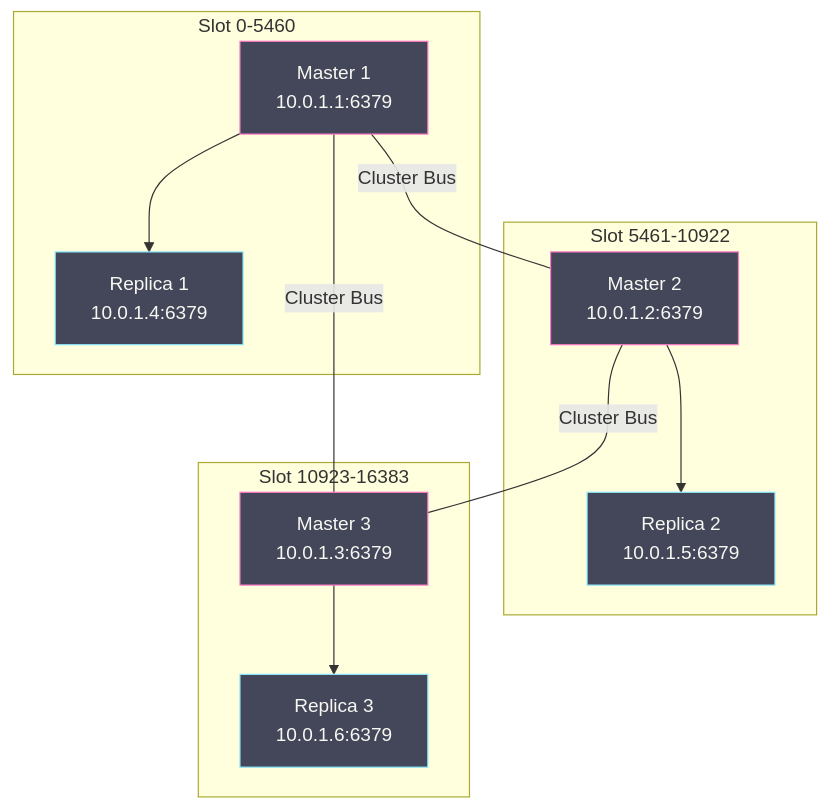
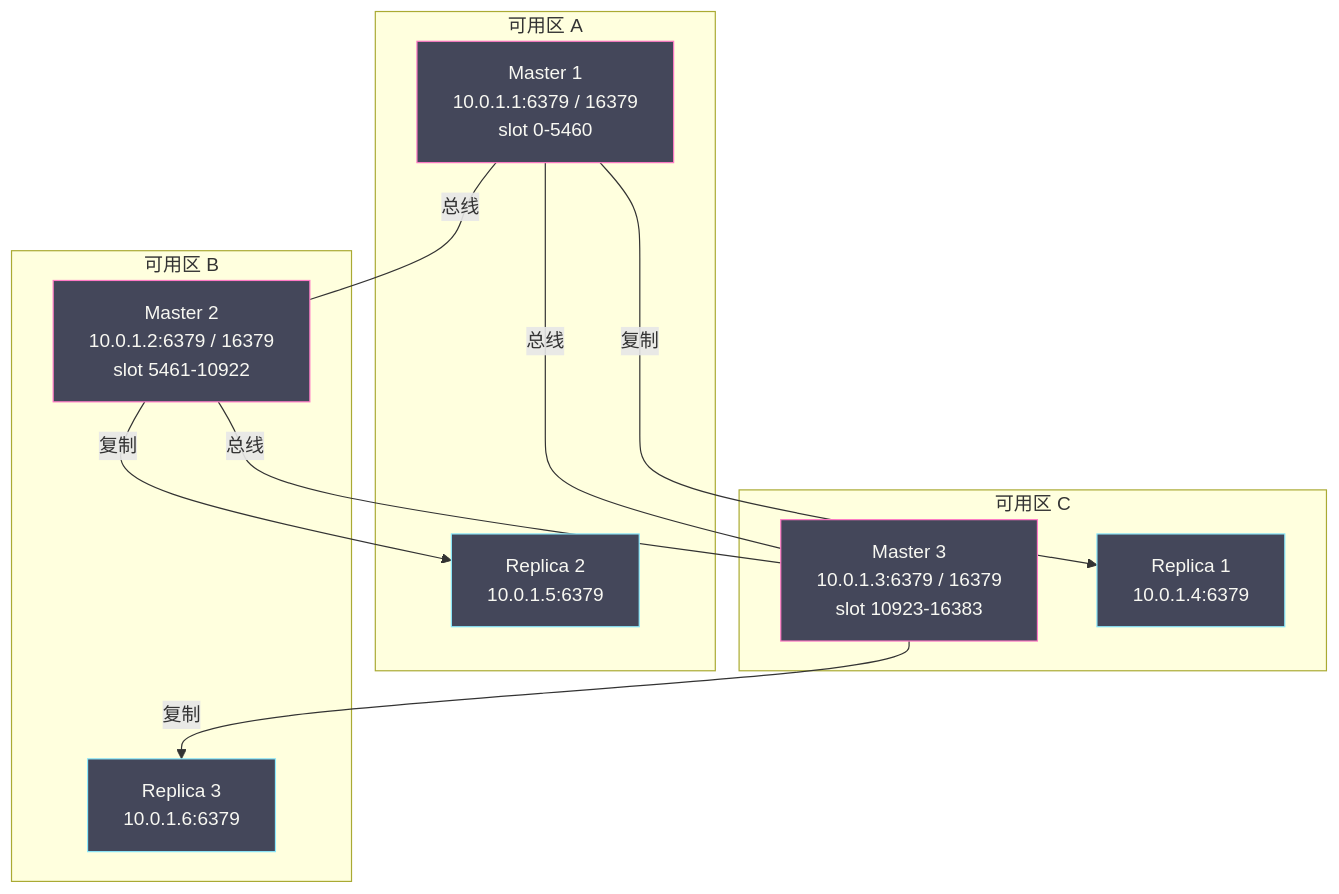
The first of 6 diagrams in content/中间件/Redis/Redis设计与实现/10 Redis Cluster 分布式架构.md (hpliStartAgain/my-brain), drawn with Mermaid before and after one commit. The commit also changed other lines of this file and 455 other files, not shown here.

````diff
--- a/content/中间件/Redis/Redis设计与实现/10 Redis Cluster 分布式架构.md
+++ b/content/中间件/Redis/Redis设计与实现/10 Redis Cluster 分布式架构.md
@@ -313,31 +89,30 @@
 ```mermaid
 %%{init: {'theme': 'dracula'}}%%
 graph TD
-    subgraph "Slot 0-5460"
-        M1["Master 1</br>10.0.1.1:6379"]
-        S1["Replica 1</br>10.0.1.4:6379"]
-        M1 --> S1
+    subgraph "可用区 A"
+        M1["Master 1<br/>10.0.1.1:6379 / 16379<br/>slot 0-5460"]
+        S2["Replica 2<br/>10.0.1.5:6379"]
     end
 
-    subgraph "Slot 5461-10922"
-        M2["Master 2</br>10.0.1.2:6379"]
-        S2["Replica 2</br>10.0.1.5:6379"]
-        M2 --> S2
+    subgraph "可用区 B"
+        M2["Master 2<br/>10.0.1.2:6379 / 16379<br/>slot 5461-10922"]
+        S3["Replica 3<br/>10.0.1.6:6379"]
     end
 
-    subgraph "Slot 10923-16383"
-        M3["Master 3</br>10.0.1.3:6379"]
-        S3["Replica 3</br>10.0.1.6:6379"]
-        M3 --> S3
+    subgraph "可用区 C"
+        M3["Master 3<br/>10.0.1.3:6379 / 16379<br/>slot 10923-16383"]
+        S1["Replica 1<br/>10.0.1.4:6379"]
     end
 
-    M1 ---|"Cluster Bus"| M2
-    M2 ---|"Cluster Bus"| M3
-    M1 ---|"Cluster Bus"| M3
+    M1 -->|"复制"| S1
+    M2 -->|"复制"| S2
+    M3 -->|"复制"| S3
+    M1 ---|"总线"| M2
+    M2 ---|"总线"| M3
+    M1 ---|"总线"| M3
 
     classDef master fill:#44475a,stroke:#ff79c6,color:#f8f8f2
     classDef replica fill:#44475a,stroke:#8be9fd,color:#f8f8f2
-
     class M1,M2,M3 master
     class S1,S2,S3 replica
 ```
````
